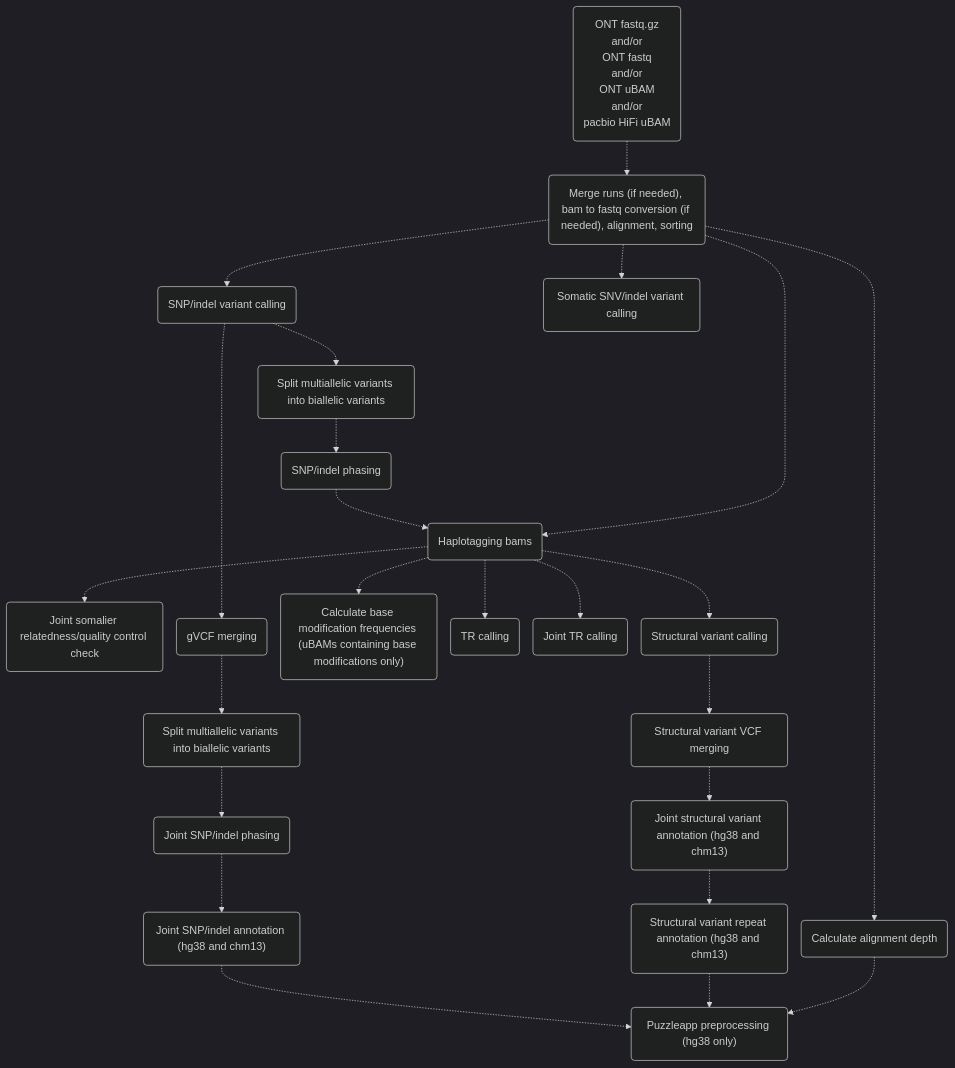
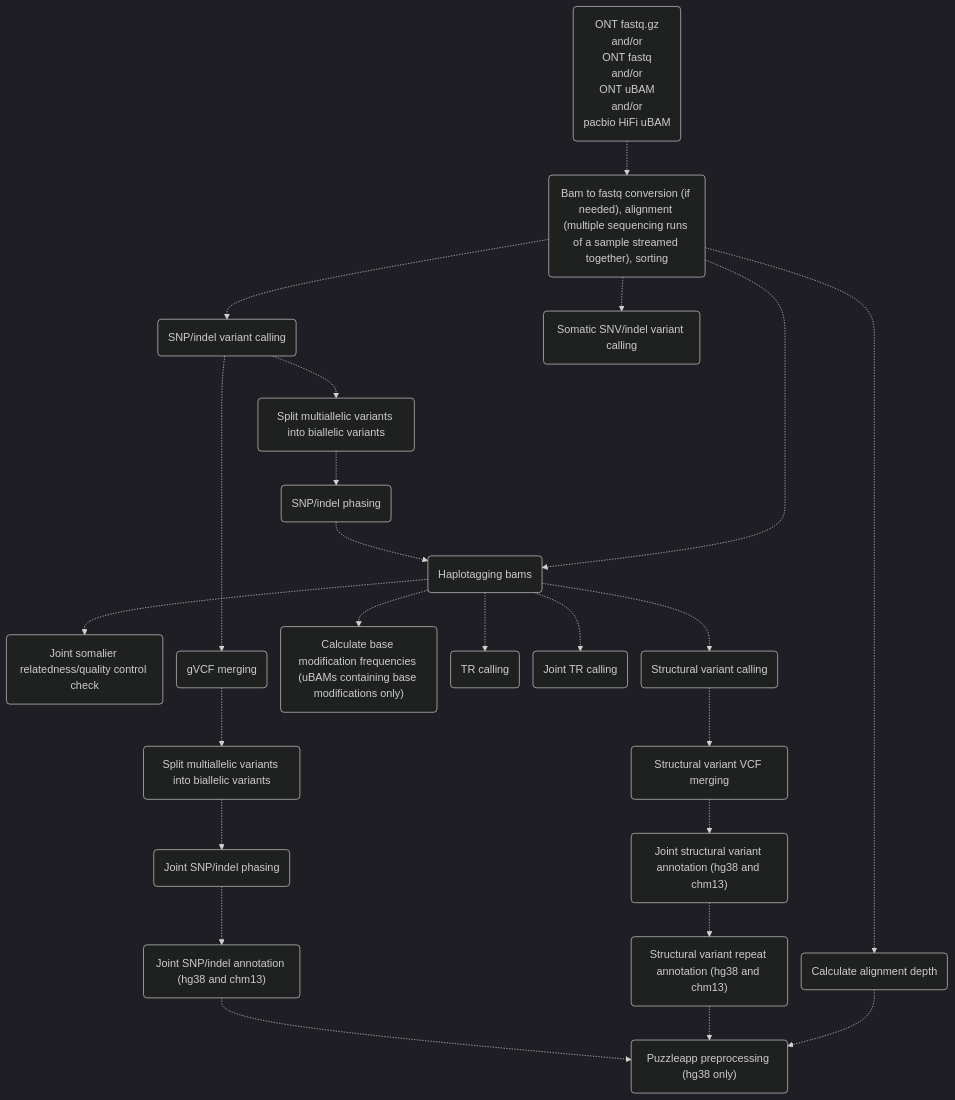
The second of 3 diagrams in docs/pipeface/info.md (leahkemp/pipeface), drawn with Mermaid before and after one commit. The commit also changed other lines of this file and 9 other files, not shown here.

````diff
--- a/docs/pipeface/info.md
+++ b/docs/pipeface/info.md
@@ -43,39 +43,39 @@
 ```mermaid
 %%{init:{'theme':'dark','themeVariables':{'fontSize':'11'},'flowchart':{'nodeSpacing':20}}}%%
 flowchart TB
 
 input_data("ONT fastq.gz <br> and/or <br> ONT fastq <br> and/or <br> ONT uBAM <br> and/or <br> pacbio HiFi uBAM")
-alignment("Merge runs (if needed), bam to fastq conversion (if needed), alignment, sorting")
+alignment("Bam to fastq conversion (if needed), alignment (multiple sequencing runs of a sample streamed together), sorting")
 depth("Calculate alignment depth")
 snp_indel_calling("SNP/indel variant calling")
 somatic_calling("Somatic SNV/indel variant calling")
 split_multiallele("Split multiallelic variants into biallelic variants")
 snp_indel_phasing("SNP/indel phasing")
 joint_somalier("Joint somalier relatedness/quality control check")
 gvcf_merging("gVCF merging")
 joint_split_multiallele("Split multiallelic variants into biallelic variants")
 joint_snp_indel_phasing("Joint SNP/indel phasing")
 joint_snp_indel_annotation("Joint SNP/indel annotation (hg38 and chm13)")
 haplotagging("Haplotagging bams")
 calculate_base_mod_freqs("Calculate base modification frequencies (uBAMs containing base modifications only)")
 tr_calling("TR calling")
 joint_tr_calling("Joint TR calling")
 sv_calling("Structural variant calling")
 sv_vcf_merging("Structural variant VCF merging")
 joint_sv_annotation("Joint structural variant annotation (hg38 and chm13)")
 sv_repeat_annotation("Structural variant repeat annotation (hg38 and chm13)")
 puzzleapp_preprocessing("Puzzleapp preprocessing (hg38 only)")
 
 input_data-.->alignment-.->snp_indel_calling-.->split_multiallele-.->snp_indel_phasing-.->haplotagging-.->sv_calling
 alignment-.->depth
 alignment-.->somatic_calling
 alignment-.->haplotagging
 haplotagging-.->calculate_base_mod_freqs
 haplotagging-.->tr_calling
 haplotagging-.->joint_tr_calling
 haplotagging-.->joint_somalier
 snp_indel_calling-.->gvcf_merging-.->joint_split_multiallele-.->joint_snp_indel_phasing-.->joint_snp_indel_annotation-.->puzzleapp_preprocessing
 sv_calling-.->sv_vcf_merging-.->joint_sv_annotation-.->sv_repeat_annotation-.->puzzleapp_preprocessing
 depth-.->puzzleapp_preprocessing
 
 ```
````
